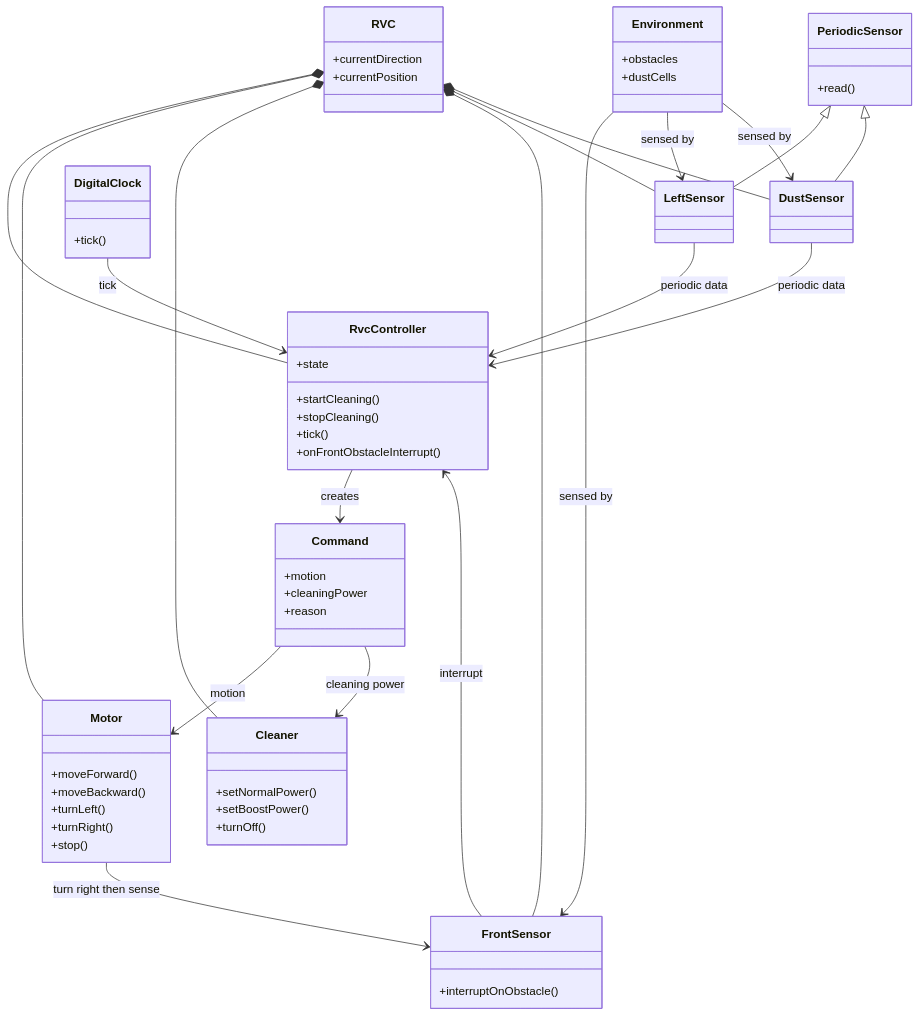
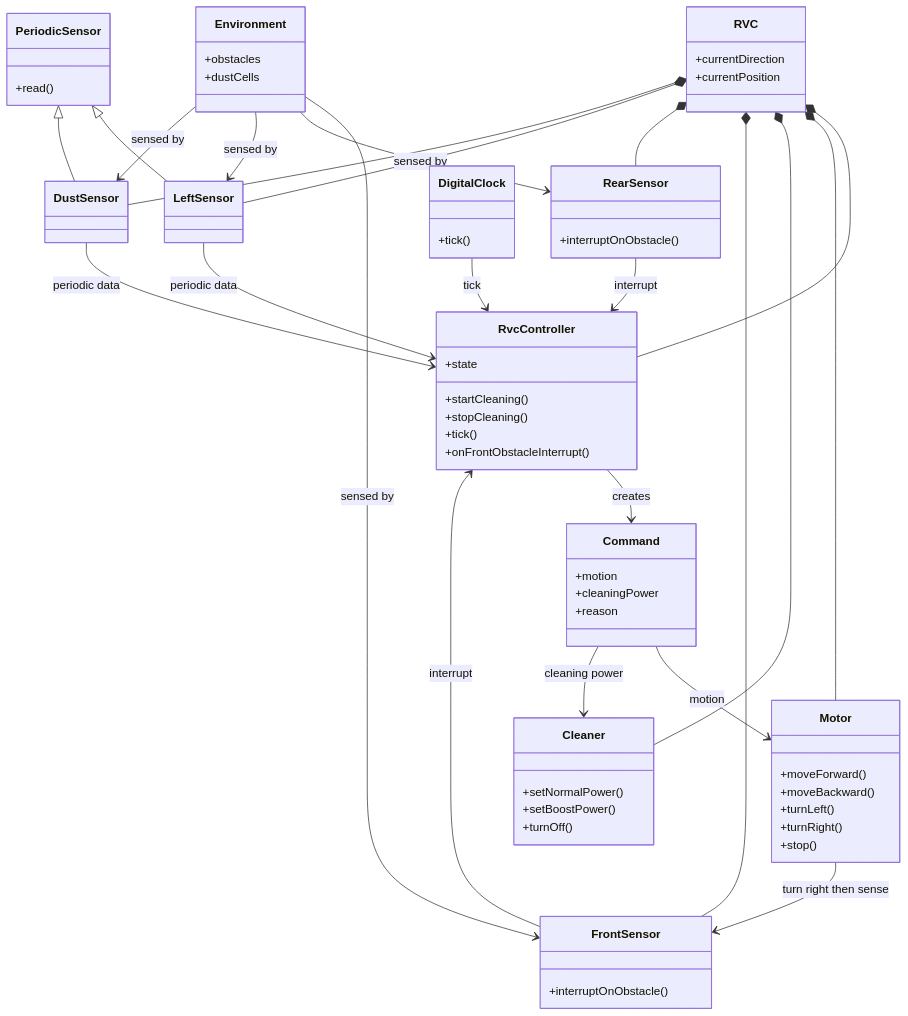
One commit to reload02/ooad-vibe changed the diagram in docs/ooa_domain_diagram.md. Above: the diagram before and after it, drawn with Mermaid. The commit also changed other lines of this file and 9 other files, not shown here.

````diff
--- a/docs/ooa_domain_diagram.md
+++ b/docs/ooa_domain_diagram.md
@@ -8,75 +8,82 @@
 ```mermaid
 classDiagram
     class RVC {
         +currentDirection
         +currentPosition
     }
 
     class RvcController {
         +state
         +startCleaning()
         +stopCleaning()
         +tick()
         +onFrontObstacleInterrupt()
     }
 
     class FrontSensor {
+        +interruptOnObstacle()
+    }
+
+    class RearSensor {
         +interruptOnObstacle()
     }
 
     class PeriodicSensor {
         +read()
     }
 
     class LeftSensor
     class DustSensor
 
     class DigitalClock {
         +tick()
     }
 
     class Motor {
         +moveForward()
         +moveBackward()
         +turnLeft()
         +turnRight()
         +stop()
     }
 
     class Cleaner {
         +setNormalPower()
         +setBoostPower()
         +turnOff()
     }
 
     class Environment {
         +obstacles
         +dustCells
     }
 
     class Command {
         +motion
         +cleaningPower
         +reason
     }
 
     RVC *-- RvcController
     RVC *-- Motor
     RVC *-- Cleaner
     RVC *-- FrontSensor
+    RVC *-- RearSensor
     RVC *-- LeftSensor
     RVC *-- DustSensor
     PeriodicSensor <|-- LeftSensor
     PeriodicSensor <|-- DustSensor
     DigitalClock --> RvcController : tick
     FrontSensor --> RvcController : interrupt
+    RearSensor --> RvcController : interrupt
     LeftSensor --> RvcController : periodic data
     DustSensor --> RvcController : periodic data
     RvcController --> Command : creates
     Command --> Motor : motion
     Command --> Cleaner : cleaning power
     Environment --> FrontSensor : sensed by
+    Environment --> RearSensor : sensed by
     Environment --> LeftSensor : sensed by
     Environment --> DustSensor : sensed by
     Motor --> FrontSensor : turn right then sense
 ```
````
